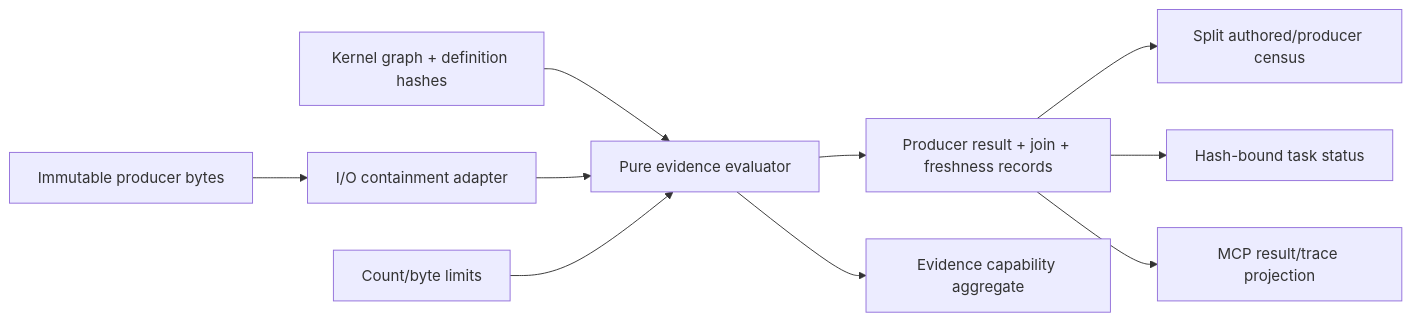
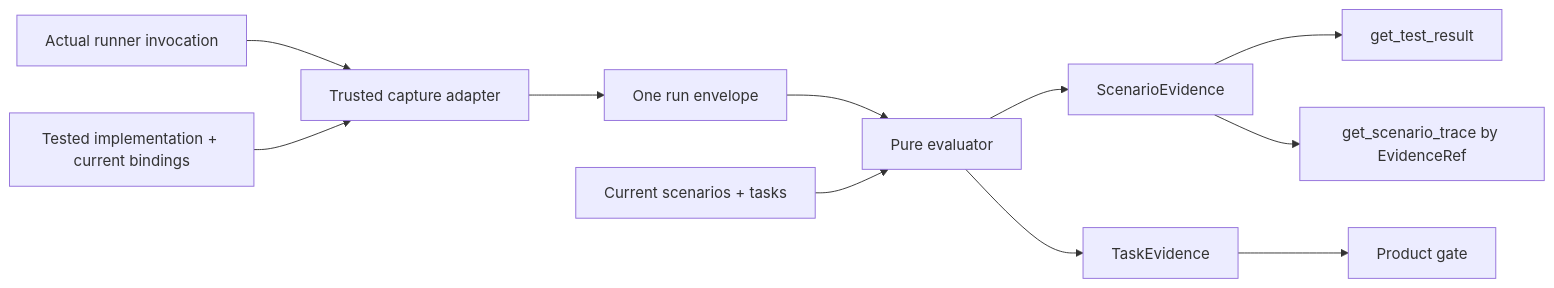
The diagram in .specs/spec-evidence/DESIGN.md (stgmt/omp-spec-kit), drawn with Mermaid before and after one commit. The commit also changed other lines of this file and 150 other files, not shown here.

````diff
--- a/.specs/spec-evidence/DESIGN.md
+++ b/.specs/spec-evidence/DESIGN.md
@@ -9,12 +9,13 @@
 ```mermaid
 flowchart LR
-  KG[Kernel graph + definition hashes] --> Eval[Pure evidence evaluator]
-  AB[Immutable producer bytes] --> Adapter[I/O containment adapter]
-  Adapter --> Eval
-  L[Count/byte limits] --> Eval
-  Eval --> Results[Producer result + join + freshness records]
-  Results --> Census[Split authored/producer census]
-  Results --> Status[Hash-bound task status]
-  Results --> MCP[MCP result/trace projection]
-  Eval --> Release[Evidence capability aggregate]
+  Run[Actual runner invocation] --> Capture[Trusted capture adapter]
+  Files[Tested implementation + current bindings] --> Capture
+  Capture --> Envelope[One run envelope]
+  Envelope --> Eval[Pure evaluator]
+  Current[Current scenarios + tasks] --> Eval
+  Eval --> Scenario[ScenarioEvidence]
+  Eval --> Task[TaskEvidence]
+  Scenario --> Result[get_test_result]
+  Scenario --> Trace[get_scenario_trace by EvidenceRef]
+  Task --> Product[Product gate]
 ```
````
